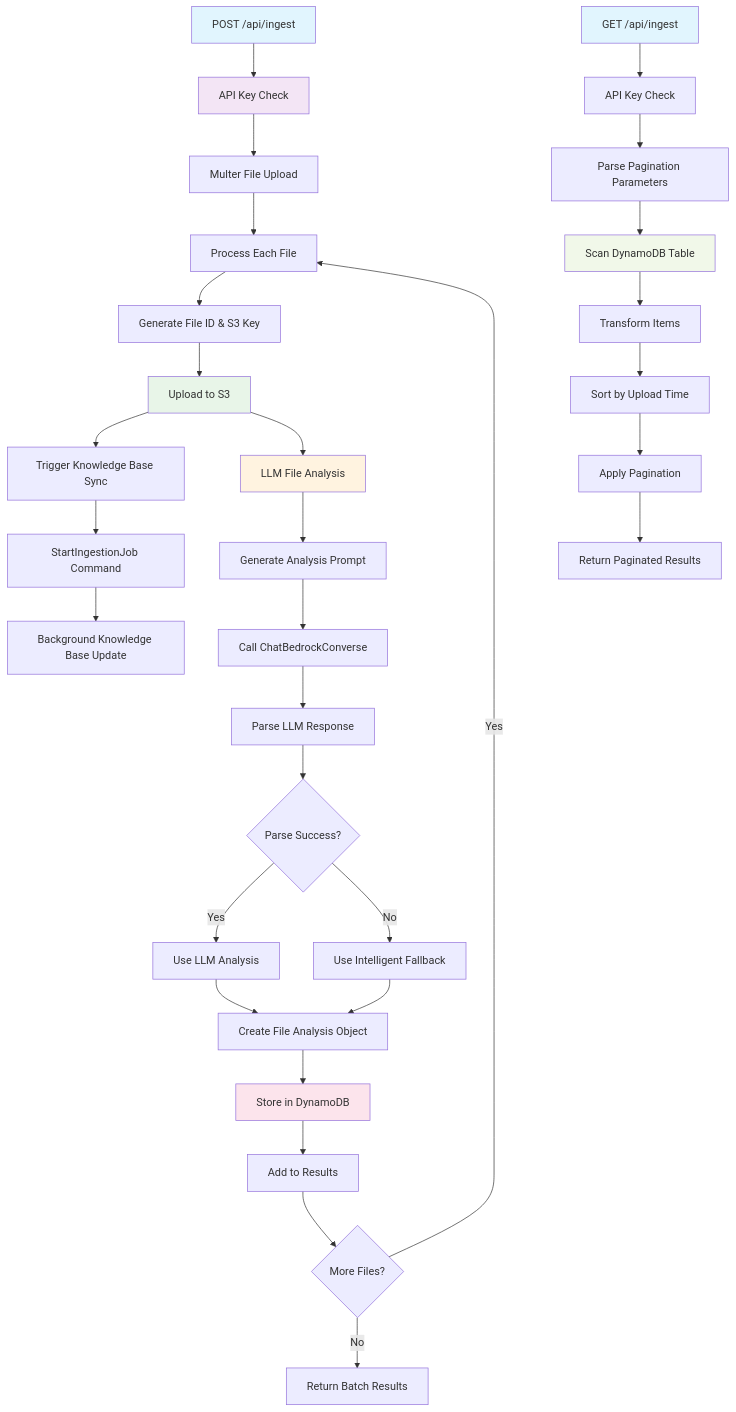
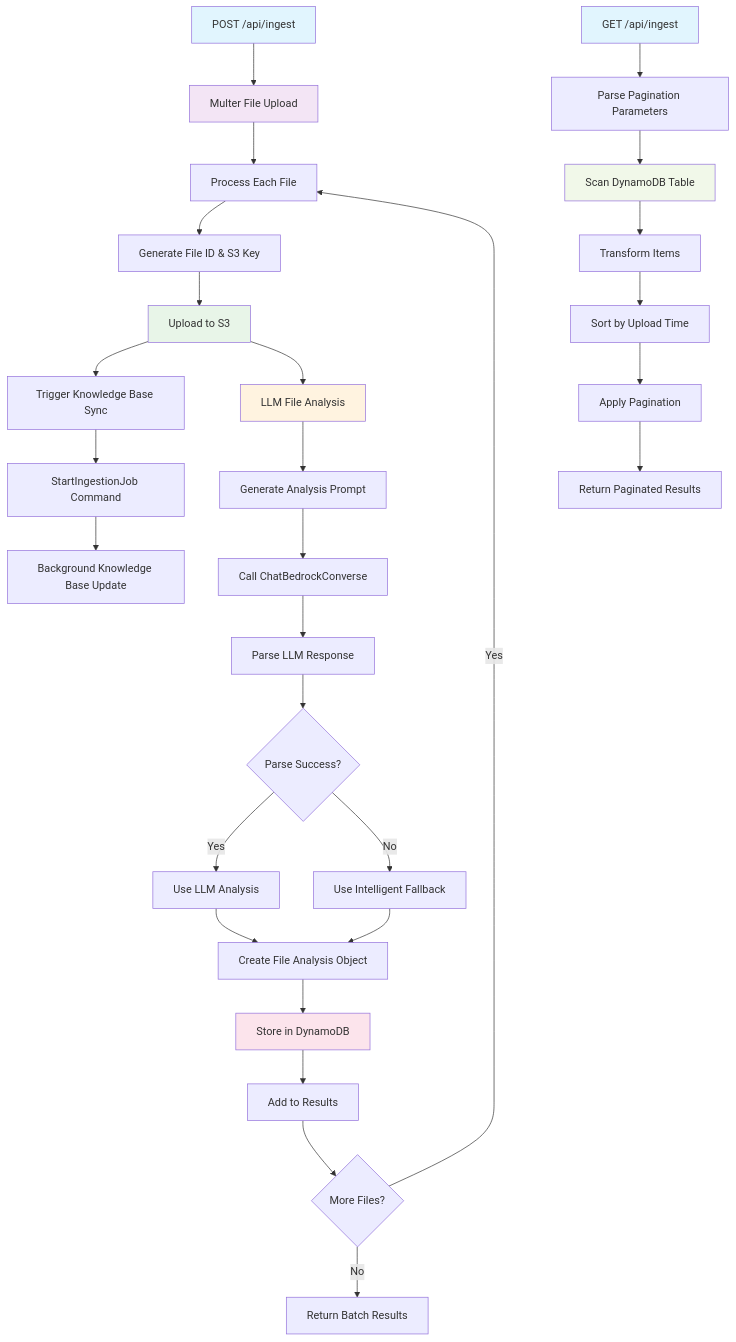
Before and after one commit to Mostrom-LLC/starfire-server: the diagram in diagrams/ingestion-routes.md, drawn with Mermaid. The commit also changed other lines of this file and 3 other files, not shown here.

Commit message:
refactor: remove API key validation and unused Bedrock client code

````diff
--- a/diagrams/ingestion-routes.md
+++ b/diagrams/ingestion-routes.md
@@ -3,46 +3,44 @@
 ```mermaid
 graph TD
-    A[POST /api/ingest] --> B[API Key Check]
-    B --> C[Multer File Upload]
-    C --> D[Process Each File]
+    A[POST /api/ingest] --> B[Multer File Upload]
+    B --> C[Process Each File]
     
-    D --> E[Generate File ID & S3 Key]
-    E --> F[Upload to S3]
-    F --> G[Trigger Knowledge Base Sync]
-    F --> H[LLM File Analysis]
+    C --> D[Generate File ID & S3 Key]
+    D --> E[Upload to S3]
+    E --> F[Trigger Knowledge Base Sync]
+    E --> G[LLM File Analysis]
     
-    G --> I[StartIngestionJob Command]
-    I --> J[Background Knowledge Base Update]
+    F --> H[StartIngestionJob Command]
+    H --> I[Background Knowledge Base Update]
     
-    H --> K[Generate Analysis Prompt]
-    K --> L[Call ChatBedrockConverse]
-    L --> M[Parse LLM Response]
-    M --> N{Parse Success?}
-    N -->|Yes| O[Use LLM Analysis]
-    N -->|No| P[Use Intelligent Fallback]
+    G --> J[Generate Analysis Prompt]
+    J --> K[Call ChatBedrockConverse]
+    K --> L[Parse LLM Response]
+    L --> M{Parse Success?}
+    M -->|Yes| N[Use LLM Analysis]
+    M -->|No| O[Use Intelligent Fallback]
     
-    O --> Q[Create File Analysis Object]
-    P --> Q
-    Q --> R[Store in DynamoDB]
-    R --> S[Add to Results]
+    N --> P[Create File Analysis Object]
+    O --> P
+    P --> Q[Store in DynamoDB]
+    Q --> R[Add to Results]
     
-    S --> T{More Files?}
-    T -->|Yes| D
-    T -->|No| U[Return Batch Results]
+    R --> S{More Files?}
+    S -->|Yes| C
+    S -->|No| T[Return Batch Results]
     
-    V[GET /api/ingest] --> W[API Key Check]
-    W --> X[Parse Pagination Parameters]
-    X --> Y[Scan DynamoDB Table]
-    Y --> Z[Transform Items]
-    Z --> AA[Sort by Upload Time]
-    AA --> BB[Apply Pagination]
-    BB --> CC[Return Paginated Results]
+    U[GET /api/ingest] --> V[Parse Pagination Parameters]
+    V --> W[Scan DynamoDB Table]
+    W --> X[Transform Items]
+    X --> Y[Sort by Upload Time]
+    Y --> Z[Apply Pagination]
+    Z --> AA[Return Paginated Results]
     
     style A fill:#e1f5fe
     style B fill:#f3e5f5
-    style F fill:#e8f5e8
-    style H fill:#fff3e0
-    style R fill:#fce4ec
-    style V fill:#e1f5fe
-    style Y fill:#f1f8e9
+    style E fill:#e8f5e8
+    style G fill:#fff3e0
+    style Q fill:#fce4ec
+    style U fill:#e1f5fe
+    style W fill:#f1f8e9
 ```
````
